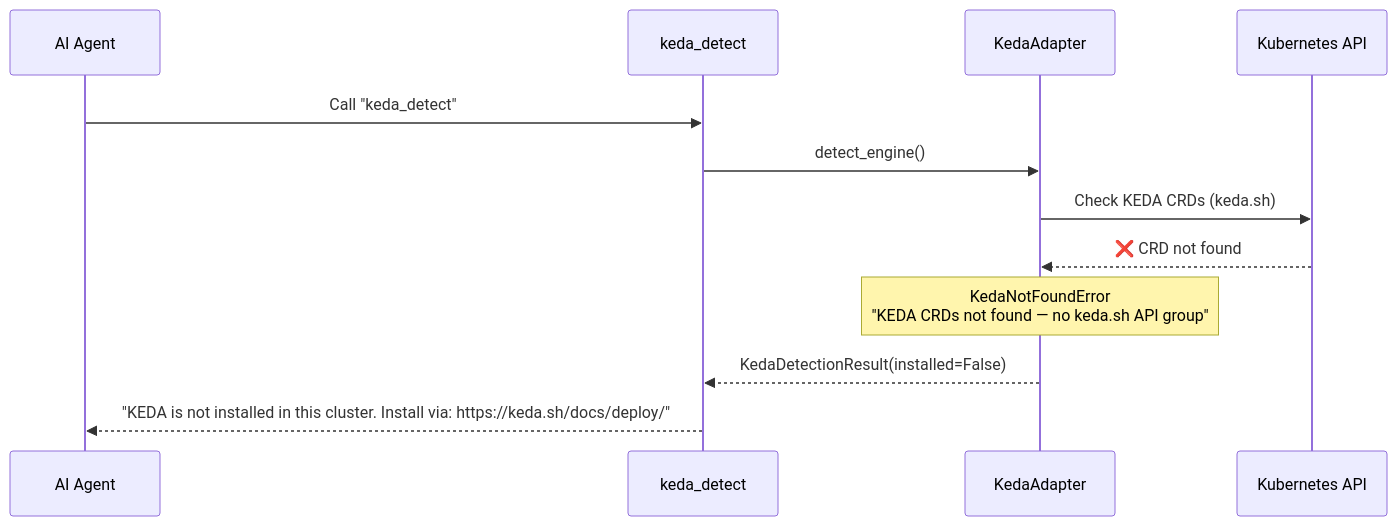
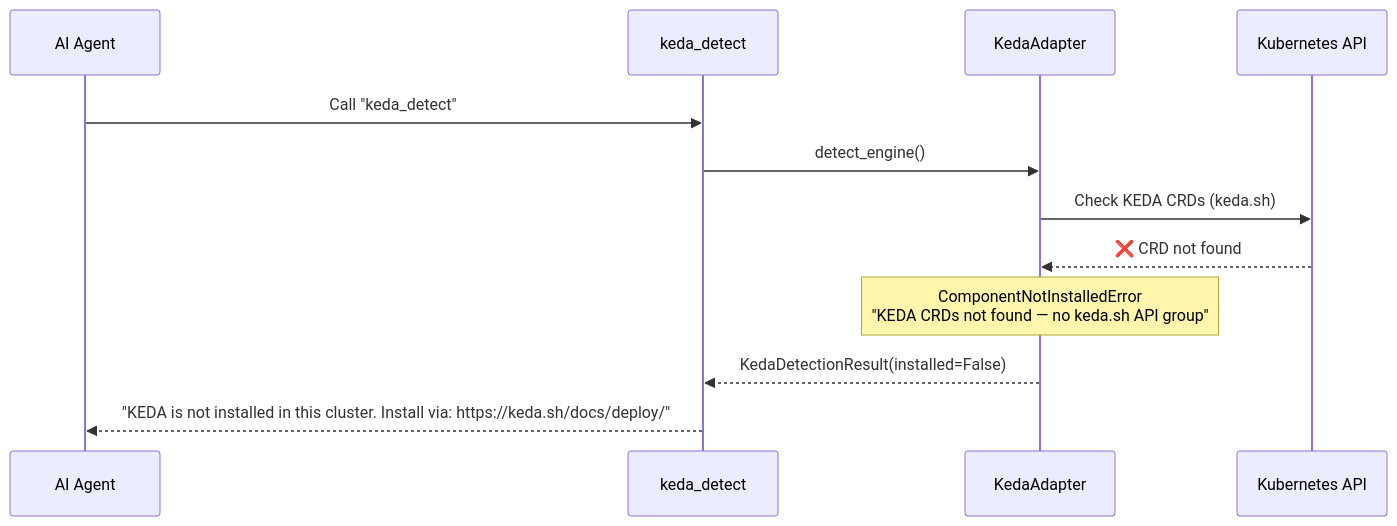
The fourth of 5 diagrams in docs/guides/44-keda-autoscaling.md (hexa-tools/hexawyn), drawn with Mermaid before and after one commit. The commit also changed other lines of this file and 12 other files, not shown here.

````diff
--- a/docs/guides/44-keda-autoscaling.md
+++ b/docs/guides/44-keda-autoscaling.md
@@ -114,17 +114,17 @@
 ```mermaid
 sequenceDiagram
     participant AI as AI Agent
     participant Tool as keda_detect
     participant Adapter as KedaAdapter
     participant K8s as Kubernetes API
 
     AI->>Tool: Call "keda_detect"
     Tool->>Adapter: detect_engine()
     Adapter->>K8s: Check KEDA CRDs (keda.sh)
     K8s-->>Adapter: ❌ CRD not found
 
-    Note over Adapter: KedaNotFoundError<br/>"KEDA CRDs not found — no keda.sh API group"
+    Note over Adapter: ComponentNotInstalledError<br/>"KEDA CRDs not found — no keda.sh API group"
 
     Adapter-->>Tool: KedaDetectionResult(installed=False)
     Tool-->>AI: "KEDA is not installed in this cluster. Install via: https://keda.sh/docs/deploy/"
 ```
````
